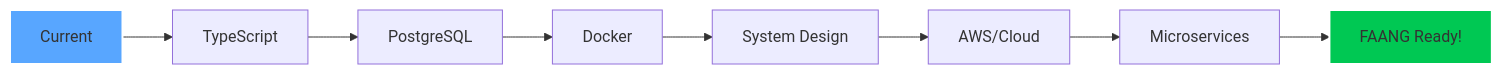
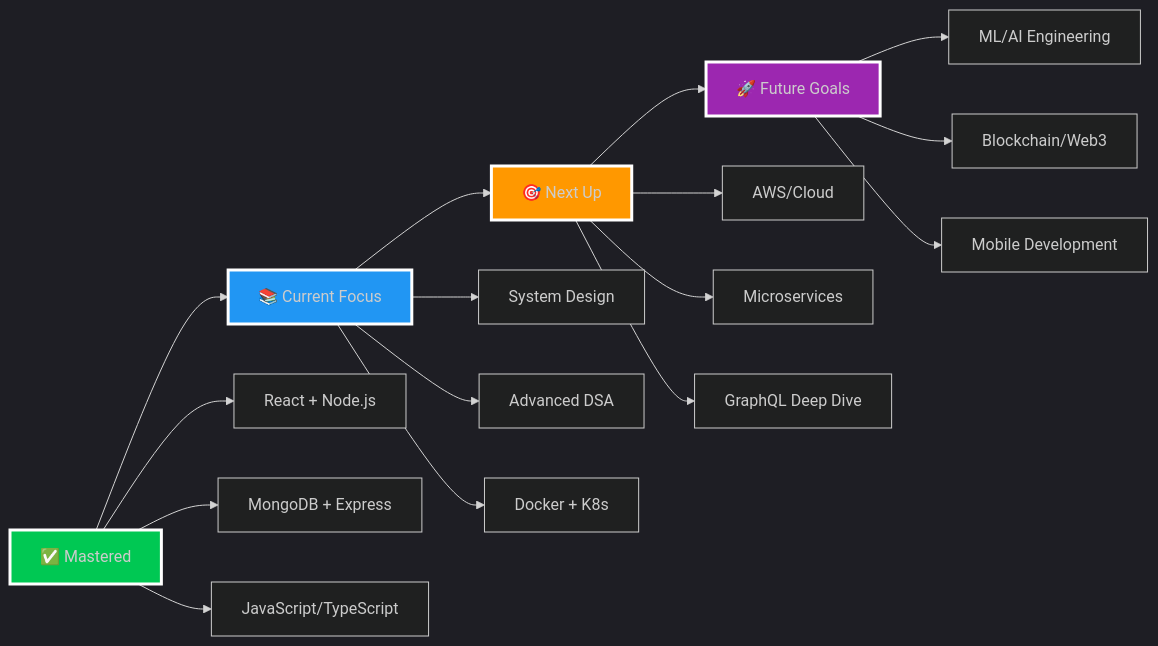
One commit to aniket-pandey-ji/aniket-pandey-ji changed the diagram in README.md. Above: the diagram before and after it, drawn with Mermaid. The commit also changed other lines of this file, not shown here.

````diff
--- a/README.md
+++ b/README.md
@@ -123,13 +650,28 @@
 ```mermaid
+%%{init: {'theme':'dark', 'themeVariables': { 'darkMode': true}}}%%
 graph LR
-    A[Current] --> B[TypeScript]
-    B --> C[PostgreSQL]
-    C --> D[Docker]
-    D --> E[System Design]
-    E --> F[AWS/Cloud]
-    F --> G[Microservices]
-    G --> H[FAANG Ready!]
+    A[✅ Mastered] --> B[📚 Current Focus]
+    B --> C[🎯 Next Up]
+    C --> D[🚀 Future Goals]
     
-    style A fill:#58a6ff,stroke:#fff,stroke-width:2px
-    style H fill:#00c853,stroke:#fff,stroke-width:2px
+    A --> A1[React + Node.js]
+    A --> A2[MongoDB + Express]
+    A --> A3[JavaScript/TypeScript]
+    
+    B --> B1[System Design]
+    B --> B2[Advanced DSA]
+    B --> B3[Docker + K8s]
+    
+    C --> C1[AWS/Cloud]
+    C --> C2[Microservices]
+    C --> C3[GraphQL Deep Dive]
+    
+    D --> D1[ML/AI Engineering]
+    D --> D2[Blockchain/Web3]
+    D --> D3[Mobile Development]
+    
+    style A fill:#00C853,stroke:#fff,stroke-width:3px
+    style B fill:#2196F3,stroke:#fff,stroke-width:3px
+    style C fill:#FF9800,stroke:#fff,stroke-width:3px
+    style D fill:#9C27B0,stroke:#fff,stroke-width:3px
 ```
````
